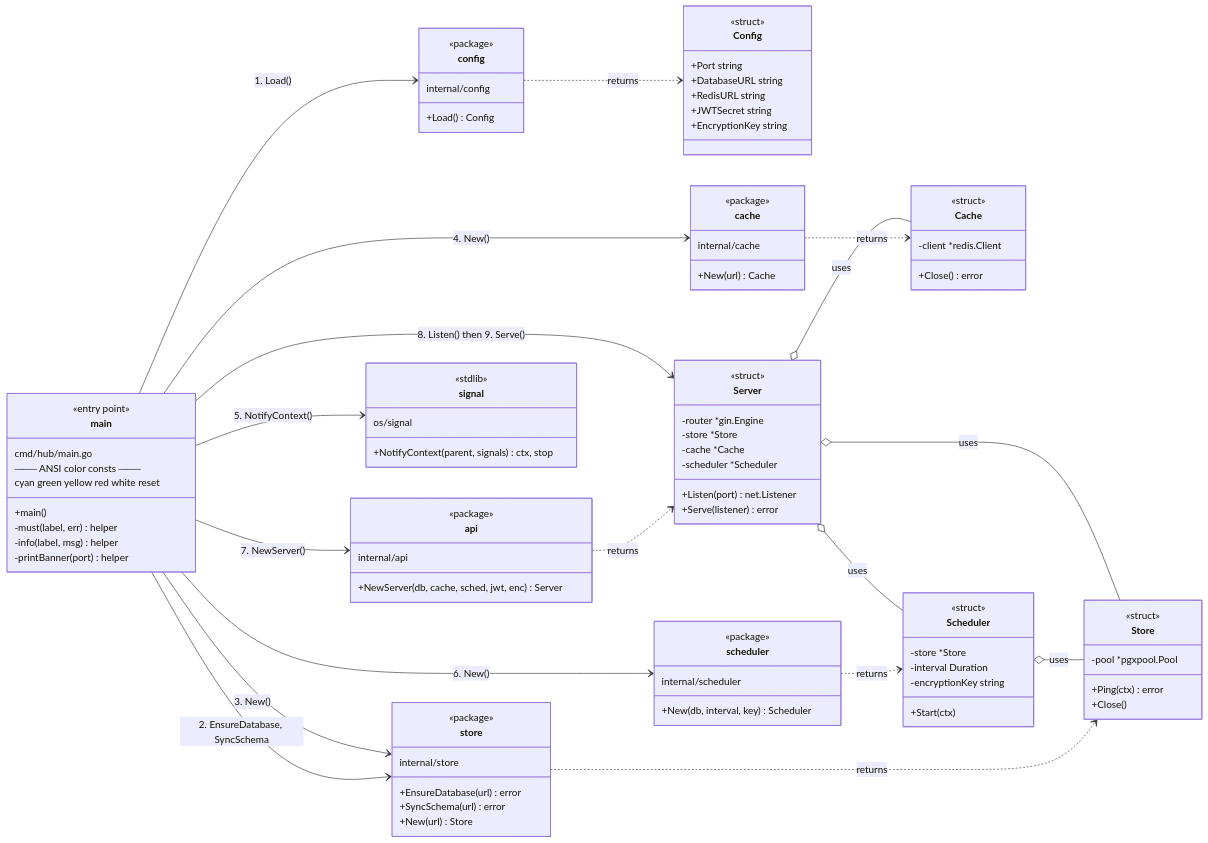
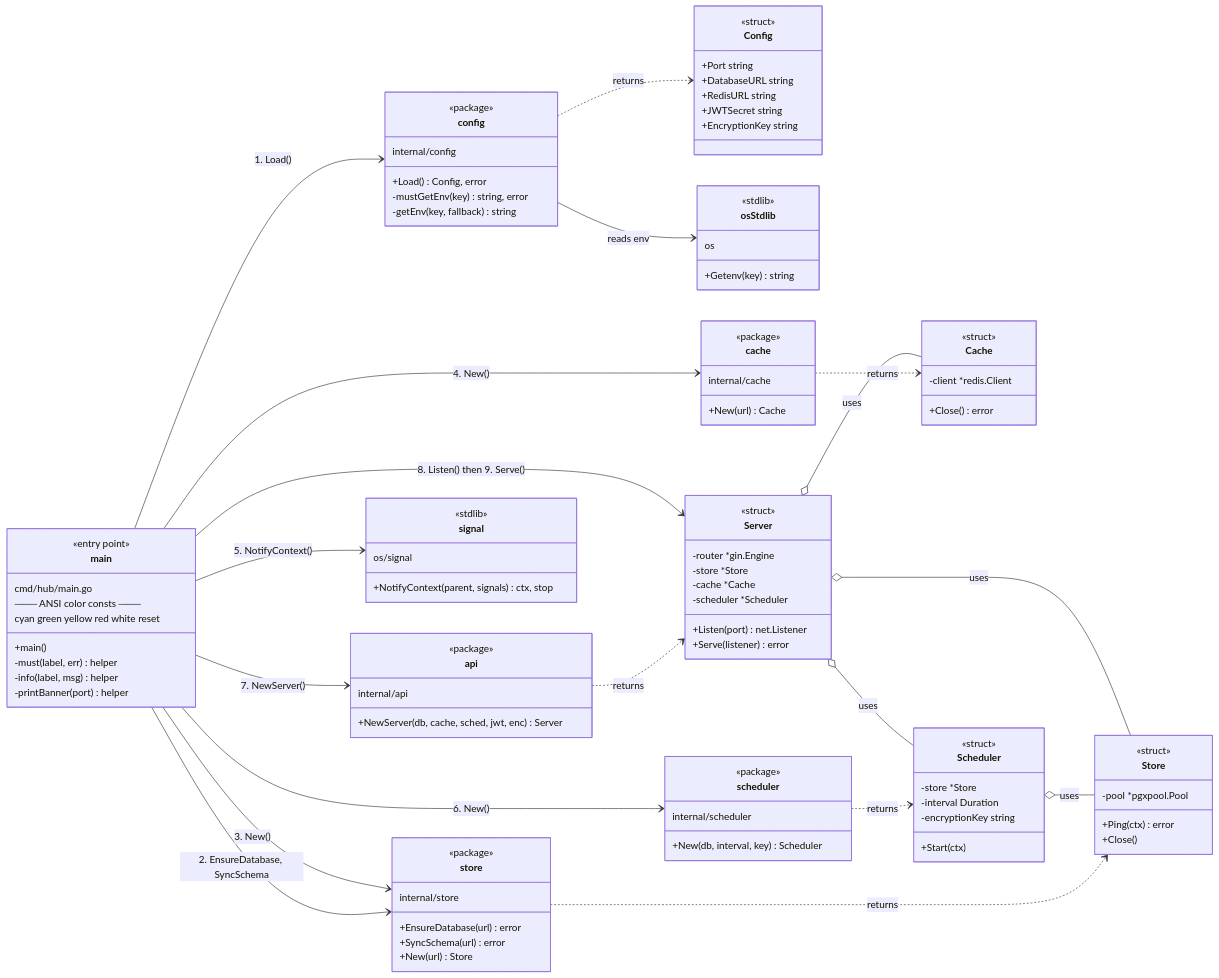
One commit to RISHABH1270/PodOptix changed the diagram in docs/code-map.md. Above: the diagram before and after it, drawn with Mermaid. The commit also changed other lines of this file, not shown here.

Commit message:
docs(code-map): expand config package — add mustGetEnv/getEnv helpers + os.Getenv edge
Session 2 walkthrough added:
- config box now shows mustGetEnv (required) + getEnv (optional with fallback)
- new osStdlib box showing we only depend on os.Getenv
- next-up pointer updated to internal/store/store.go

```diff
--- a/docs/code-map.md
+++ b/docs/code-map.md
@@ -49,7 +49,9 @@
     class config {
         <<package>>
         internal/config
-        +Load() Config
+        +Load() Config, error
+        -mustGetEnv(key) string, error
+        -getEnv(key, fallback) string
     }
 
     class Config {
@@ -60,6 +62,14 @@
         +JWTSecret string
         +EncryptionKey string
     }
+
+    class osStdlib {
+        <<stdlib>>
+        os
+        +Getenv(key) string
+    }
+
+    config --> osStdlib : reads env
 
     class store {
         <<package>>
```
